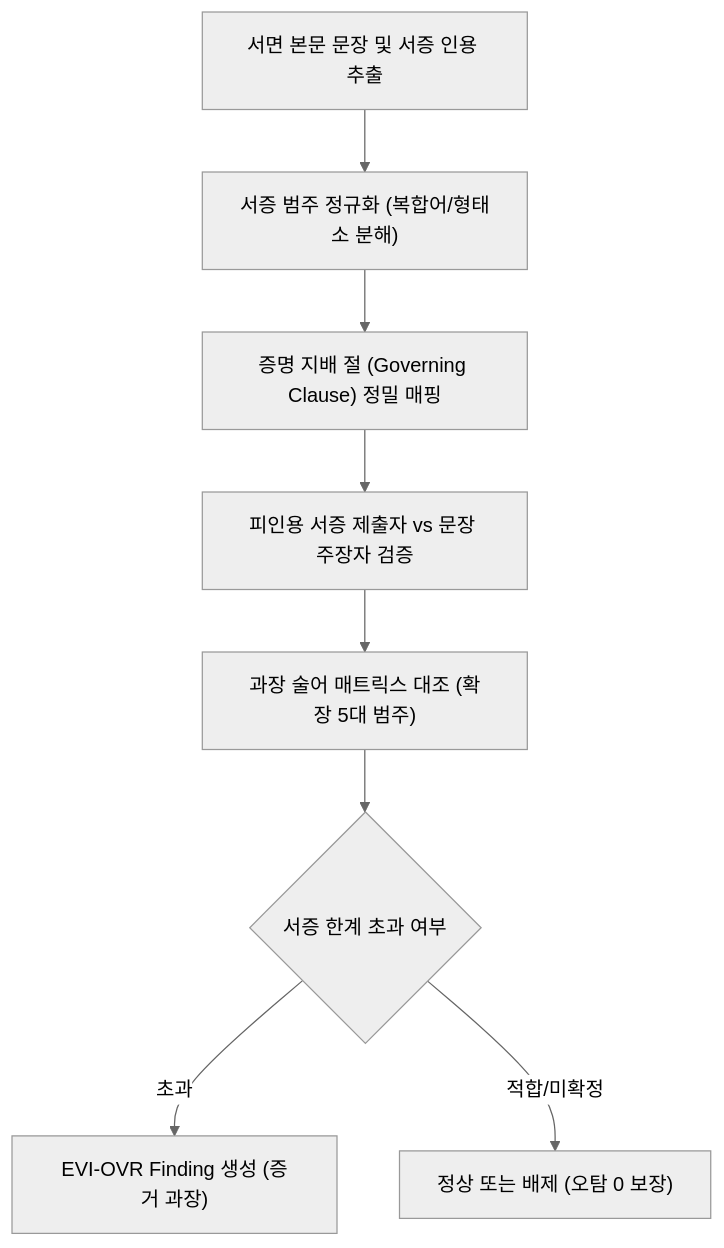
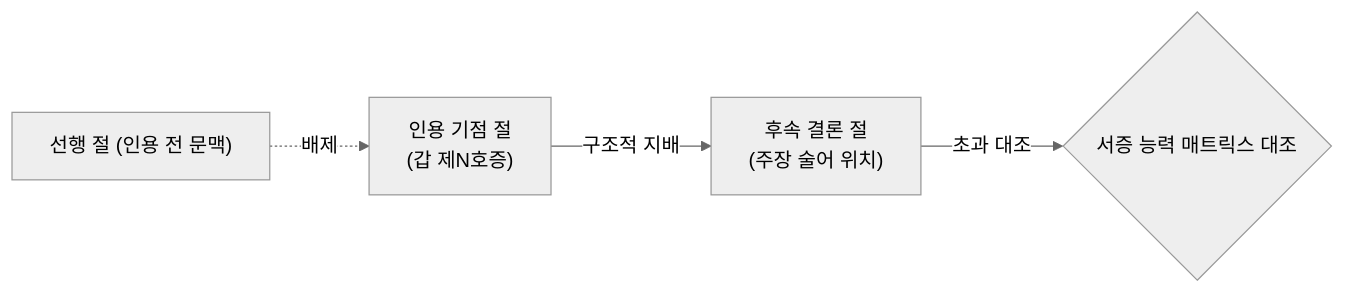
The diagram in docs/handoff/requests/TK-76_cycle3_evi_ovr_design_memo.md (stevelee0119/ACASia_LAW), drawn with Mermaid (neutral theme) before and after one commit. The commit also changed other lines of this file, not shown here.

First line of the commit message:
재작성: TK-76 3주기 PR3 EVI-OVR 설계 메모 재작성본 (R1~R8 반영)

````diff
--- a/docs/handoff/requests/TK-76_cycle3_evi_ovr_design_memo.md
+++ b/docs/handoff/requests/TK-76_cycle3_evi_ovr_design_memo.md
@@ -57,10 +83,6 @@
 ```mermaid
-flowchart TD
-    A["서면 본문 문장 및 서증 인용 추출"] --> B["서증 범주 정규화 (복합어/형태소 분해)"]
-    B --> C["증명 지배 절 (Governing Clause) 정밀 매핑"]
-    C --> D["피인용 서증 제출자 vs 문장 주장자 검증"]
-    D --> E["과장 술어 매트릭스 대조 (확장 5대 범주)"]
-    E --> F{"서증 한계 초과 여부"}
-    F -->|초과| G["EVI-OVR Finding 생성 (증거 과장)"]
-    F -->|적합/미확정| H["정상 또는 배제 (오탐 0 보장)"]
+flowchart LR
+    A["선행 절 (인용 전 문맥)"] -.->|배제| B["인용 기점 절<br>(갑 제N호증)"]
+    B -->|구조적 지배| C["후속 결론 절<br>(주장 술어 위치)"]
+    C -->|초과 대조| D{"서증 능력 매트릭스 대조"}
 ```
````
